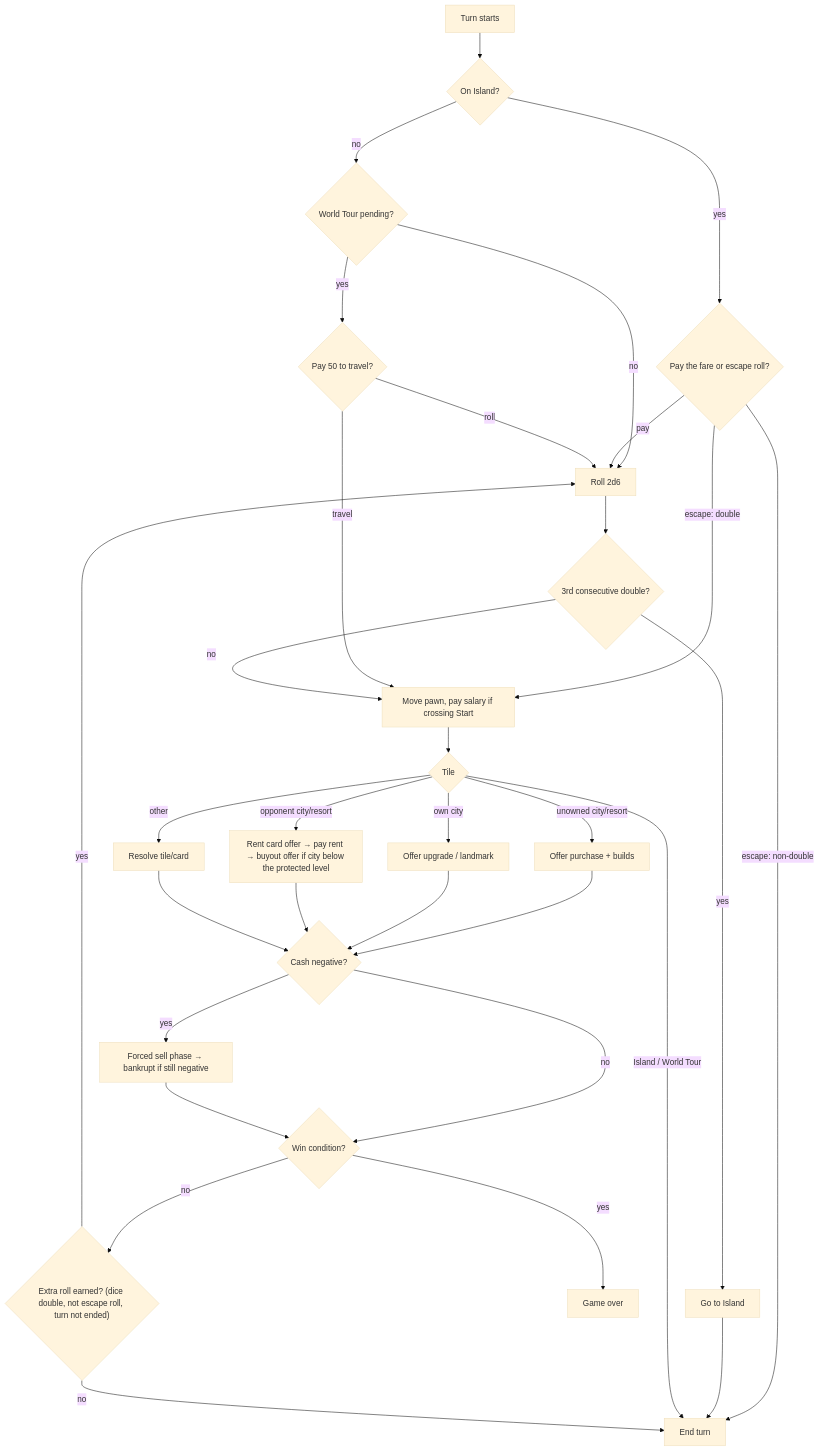
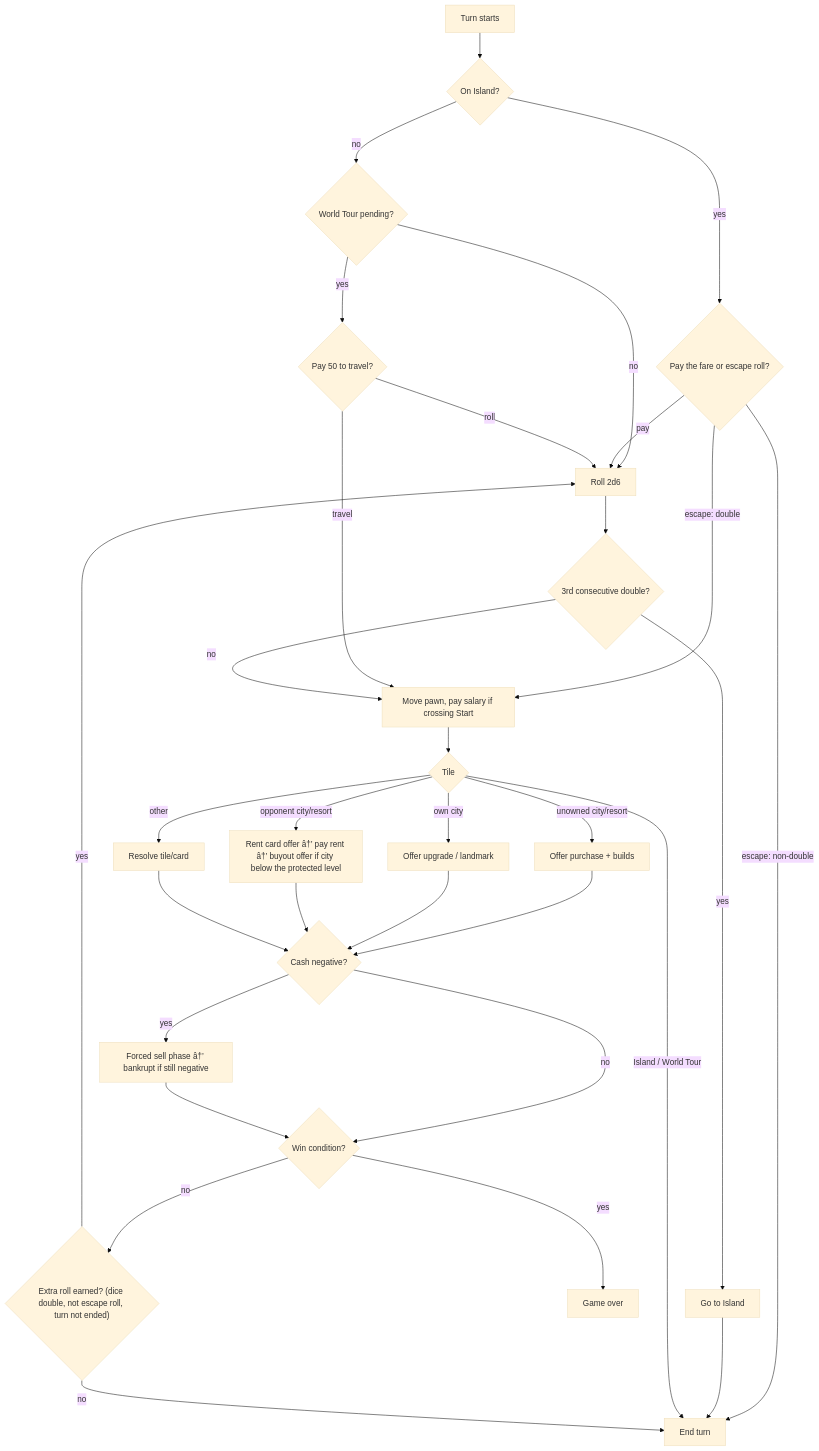
Before and after one commit to Rusutsu-Studios/Polytour: the diagram in docs/GAME_DESIGN.md, drawn with Mermaid (base theme). The commit also changed other lines of this file and 8 other files, not shown here.

````diff
--- a/docs/GAME_DESIGN.md
+++ b/docs/GAME_DESIGN.md
@@ -269,30 +269,30 @@
 ```mermaid
 flowchart TD
   S[Turn starts] --> I{On Island?}
   I -- yes --> IE{Pay the fare or escape roll?}
   I -- no --> WT{World Tour pending?}
   WT -- yes --> TR{Pay 50 to travel?}
   WT -- no --> R[Roll 2d6]
   IE -- pay --> R
   IE -- "escape: double" --> M
   IE -- "escape: non-double" --> E
   TR -- travel --> M
   TR -- roll --> R
   R --> TD{3rd consecutive double?}
   TD -- yes --> ISL[Go to Island] --> E
   TD -- no --> M[Move pawn, pay salary if crossing Start]
   M --> T{Tile}
   T -- unowned city/resort --> B[Offer purchase + builds]
   T -- own city --> U[Offer upgrade / landmark]
-  T -- "opponent city/resort" --> P[Rent card offer → pay rent → buyout offer if city below the protected level]
+  T -- "opponent city/resort" --> P[Rent card offer â†’ pay rent â†’ buyout offer if city below the protected level]
   T -- "Island / World Tour" --> E
   T -- other --> X[Resolve tile/card]
   B & U & P & X --> D{Cash negative?}
-  D -- yes --> SELL[Forced sell phase → bankrupt if still negative]
+  D -- yes --> SELL[Forced sell phase â†’ bankrupt if still negative]
   D -- no --> W{Win condition?}
   SELL --> W
   W -- yes --> END[Game over]
   W -- no --> DB{"Extra roll earned? (dice double, not escape roll, turn not ended)"}
   DB -- yes --> R
   DB -- no --> E[End turn]
 ```
````
